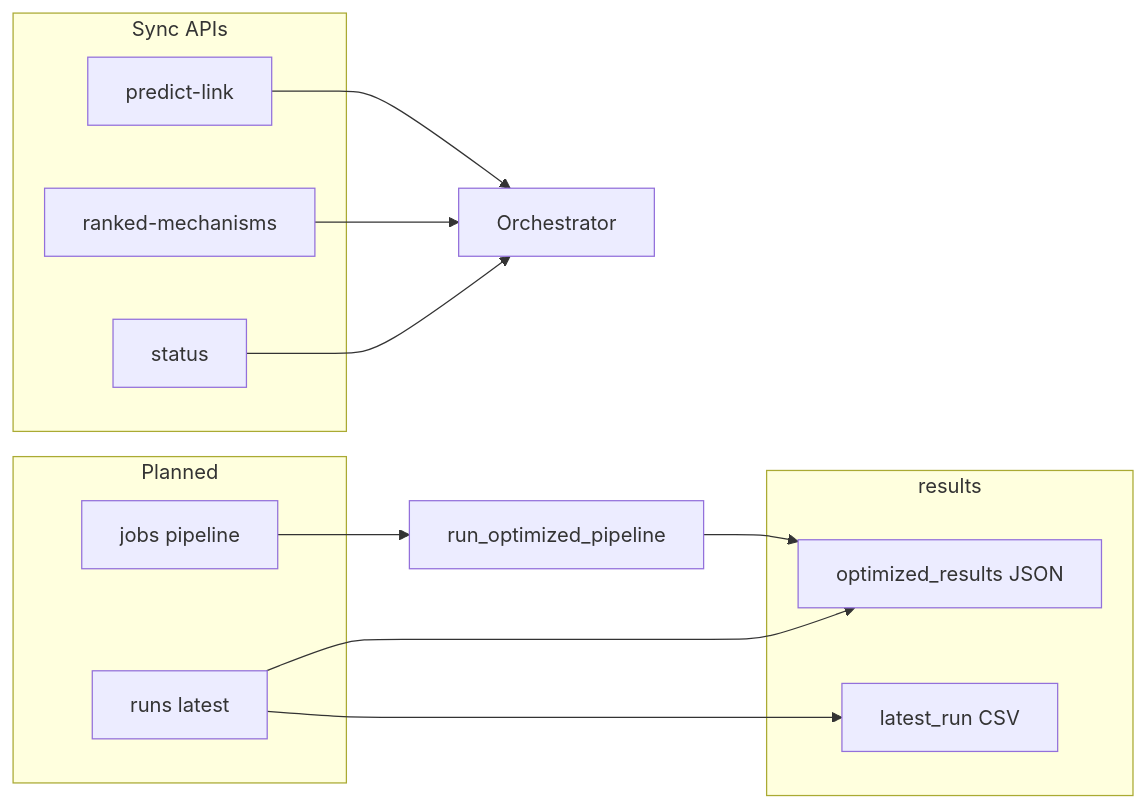
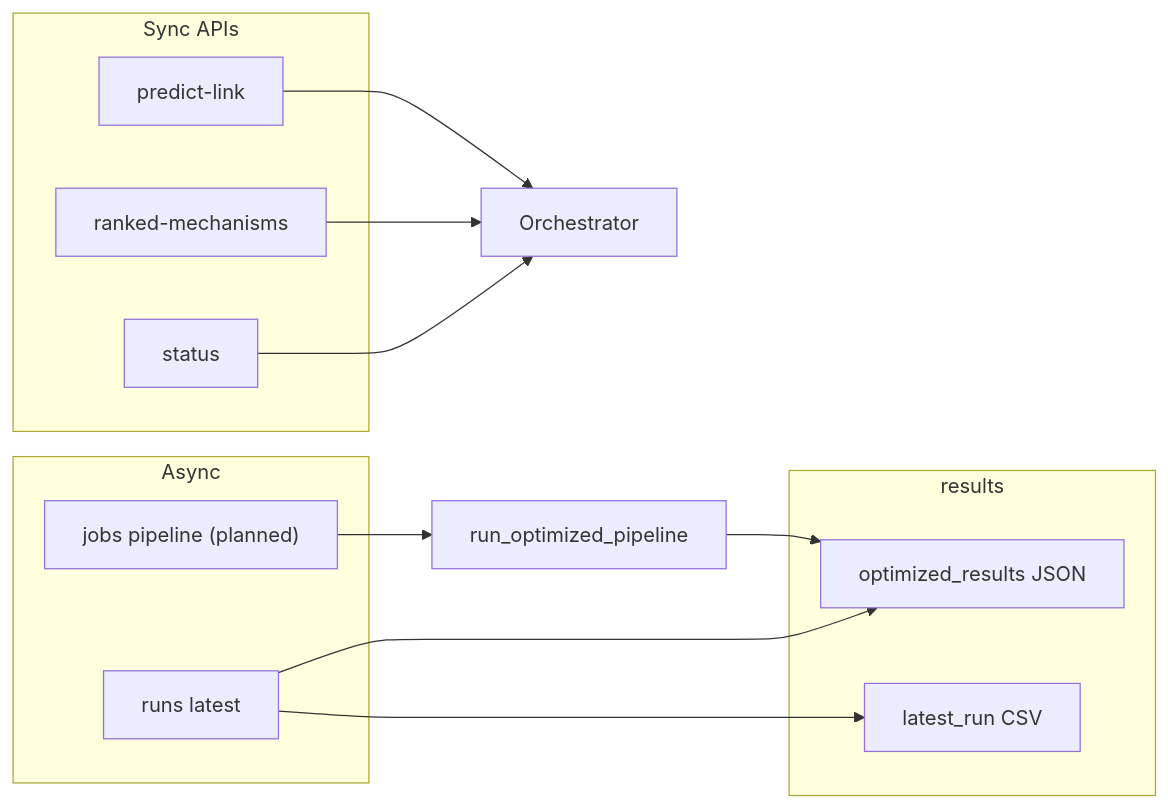
Before and after one commit to iconbaypark2900/hybrid-qml-kg-poc: the diagram in docs/frontend/PIPELINE_UI_FLOW.md, drawn with Mermaid. The commit also changed other lines of this file and 37 other files, not shown here.

````diff
--- a/docs/frontend/PIPELINE_UI_FLOW.md
+++ b/docs/frontend/PIPELINE_UI_FLOW.md
@@ -5,23 +5,23 @@
 ```mermaid
 flowchart LR
   subgraph sync [Sync APIs]
     P1[predict-link]
     P2[ranked-mechanisms]
     P3[status]
   end
-  subgraph async [Planned]
-    J[jobs pipeline]
+  subgraph async [Async]
+    J["jobs pipeline (planned)"]
     R[runs latest]
   end
   subgraph artifacts [results]
     F1[optimized_results JSON]
     F2[latest_run CSV]
   end
   P1 --> Orch[Orchestrator]
   P2 --> Orch
   P3 --> Orch
   J --> Pipeline[run_optimized_pipeline]
   Pipeline --> F1
   R --> F1
   R --> F2
 ```
````
